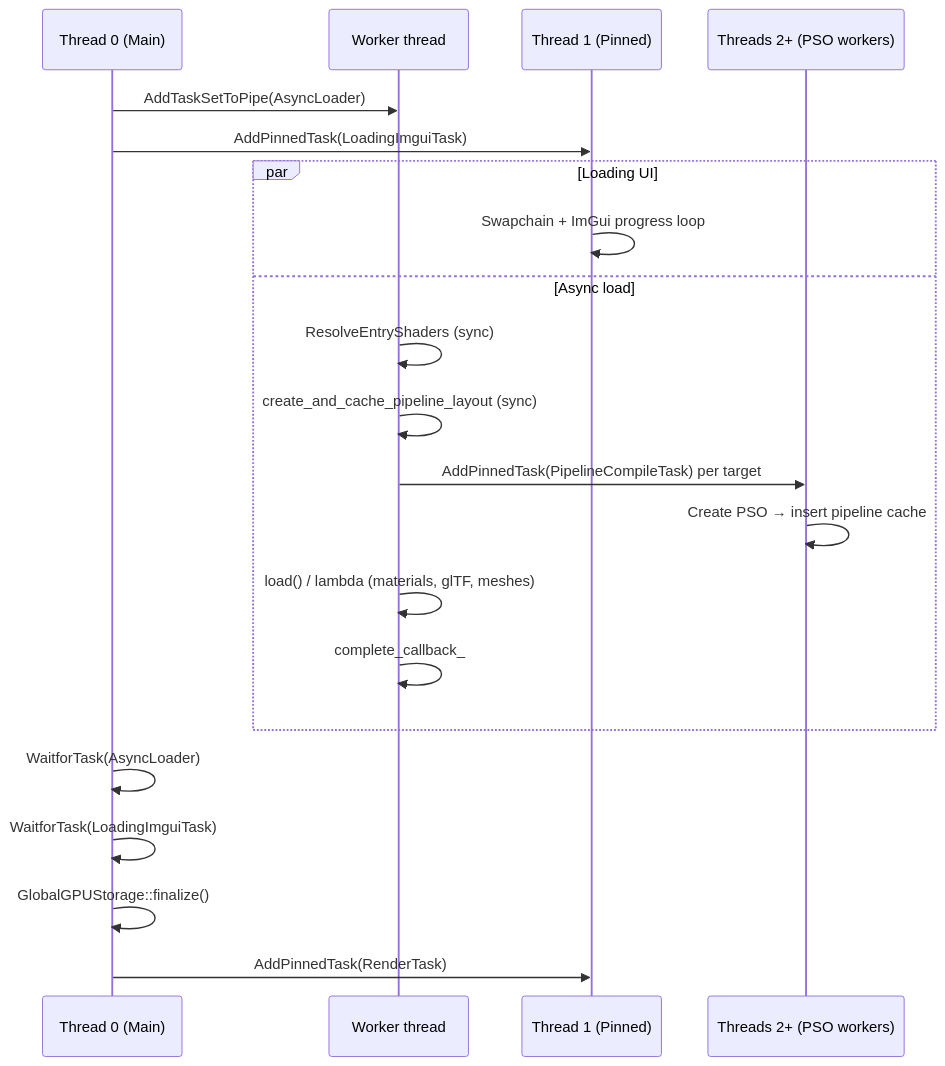
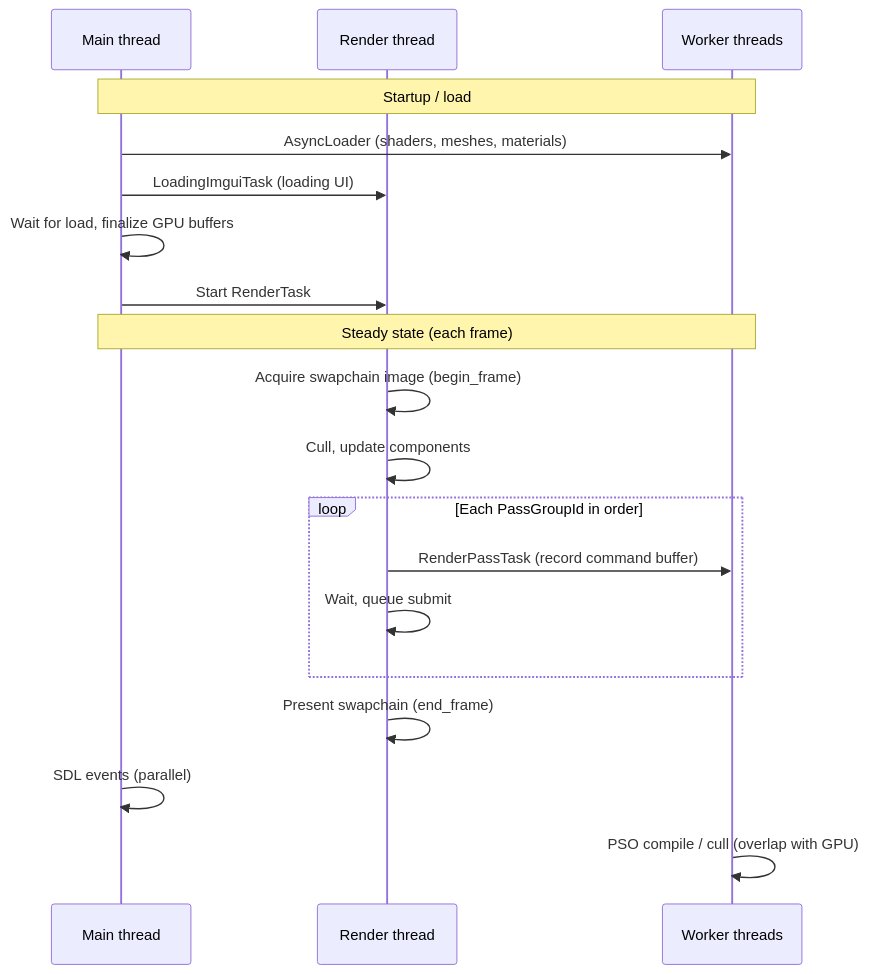
One commit to airliang/ocarina_vulkan changed the second of 2 diagrams in README.md. Above: the diagram before and after it, drawn with Mermaid. The commit also changed other lines of this file, not shown here.

````diff
--- a/README.md
+++ b/README.md
@@ -60,24 +85,23 @@
 ```mermaid
 sequenceDiagram
-    participant Main as Thread 0 (Main)
-    participant Worker as Worker thread
-    participant RT1 as Thread 1 (Pinned)
-    participant PSO as Threads 2+ (PSO workers)
+    participant Main as Main thread
+    participant Render as Render thread
+    participant Worker as Worker threads
 
-    Main->>Worker: AddTaskSetToPipe(AsyncLoader)
-    Main->>RT1: AddPinnedTask(LoadingImguiTask)
-    par Loading UI
-        RT1->>RT1: Swapchain + ImGui progress loop
-    and Async load
-        Worker->>Worker: ResolveEntryShaders (sync)
-        Worker->>Worker: create_and_cache_pipeline_layout (sync)
-        Worker->>PSO: AddPinnedTask(PipelineCompileTask) per target
-        PSO->>PSO: Create PSO → insert pipeline cache
-        Worker->>Worker: load() / lambda (materials, glTF, meshes)
-        Worker->>Worker: complete_callback_
+    Note over Main,Worker: Startup / load
+    Main->>Worker: AsyncLoader (shaders, meshes, materials)
+    Main->>Render: LoadingImguiTask (loading UI)
+    Main->>Main: Wait for load, finalize GPU buffers
+    Main->>Render: Start RenderTask
+
+    Note over Main,Worker: Steady state (each frame)
+    Render->>Render: Acquire swapchain image (begin_frame)
+    Render->>Render: Cull, update components
+  loop Each PassGroupId in order
+        Render->>Worker: RenderPassTask (record command buffer)
+        Render->>Render: Wait, queue submit
     end
-    Main->>Main: WaitforTask(AsyncLoader)
-    Main->>Main: WaitforTask(LoadingImguiTask)
-    Main->>Main: GlobalGPUStorage::finalize()
-    Main->>RT1: AddPinnedTask(RenderTask)
+    Render->>Render: Present swapchain (end_frame)
+    Main->>Main: SDL events (parallel)
+    Worker->>Worker: PSO compile / cull (overlap with GPU)
 ```
````
